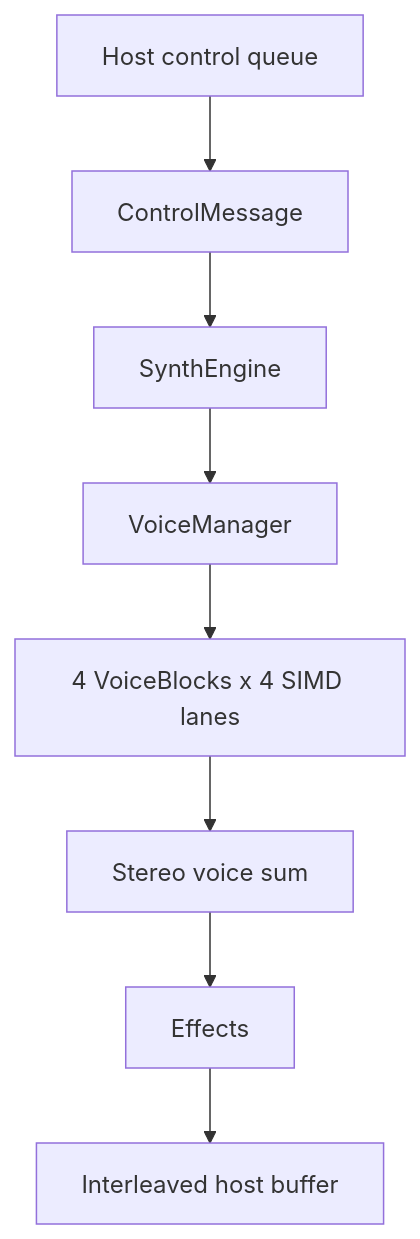
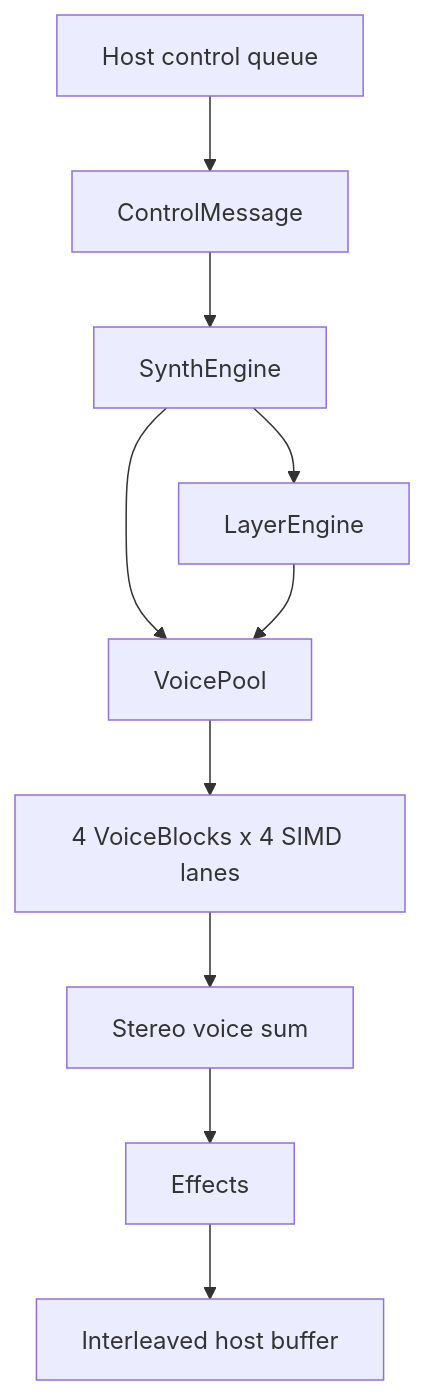
The first of 2 diagrams in docs/src/sdk/engine-architecture.md (chris-zen/noctum-synth), drawn with Mermaid before and after one commit. The commit also changed other lines of this file and 22 other files, not shown here.

First line of the commit message:
Split VoiceManager into LayerEngine and a shared VoicePool.

````diff
--- a/docs/src/sdk/engine-architecture.md
+++ b/docs/src/sdk/engine-architecture.md
@@ -12,19 +12,22 @@
 ```mermaid
 flowchart TD
     Host["Host control queue"]
     Control["ControlMessage"]
     Engine["SynthEngine"]
-    VoiceManager["VoiceManager"]
+    Layer["LayerEngine"]
+    Pool["VoicePool"]
     Blocks["4 VoiceBlocks x 4 SIMD lanes"]
     Sum["Stereo voice sum"]
     FX["Effects"]
     Output["Interleaved host buffer"]
 
     Host --> Control
     Control --> Engine
-    Engine --> VoiceManager
-    VoiceManager --> Blocks
+    Engine --> Layer
+    Engine --> Pool
+    Layer --> Pool
+    Pool --> Blocks
     Blocks --> Sum
     Sum --> FX
     FX --> Output
 ```
````
